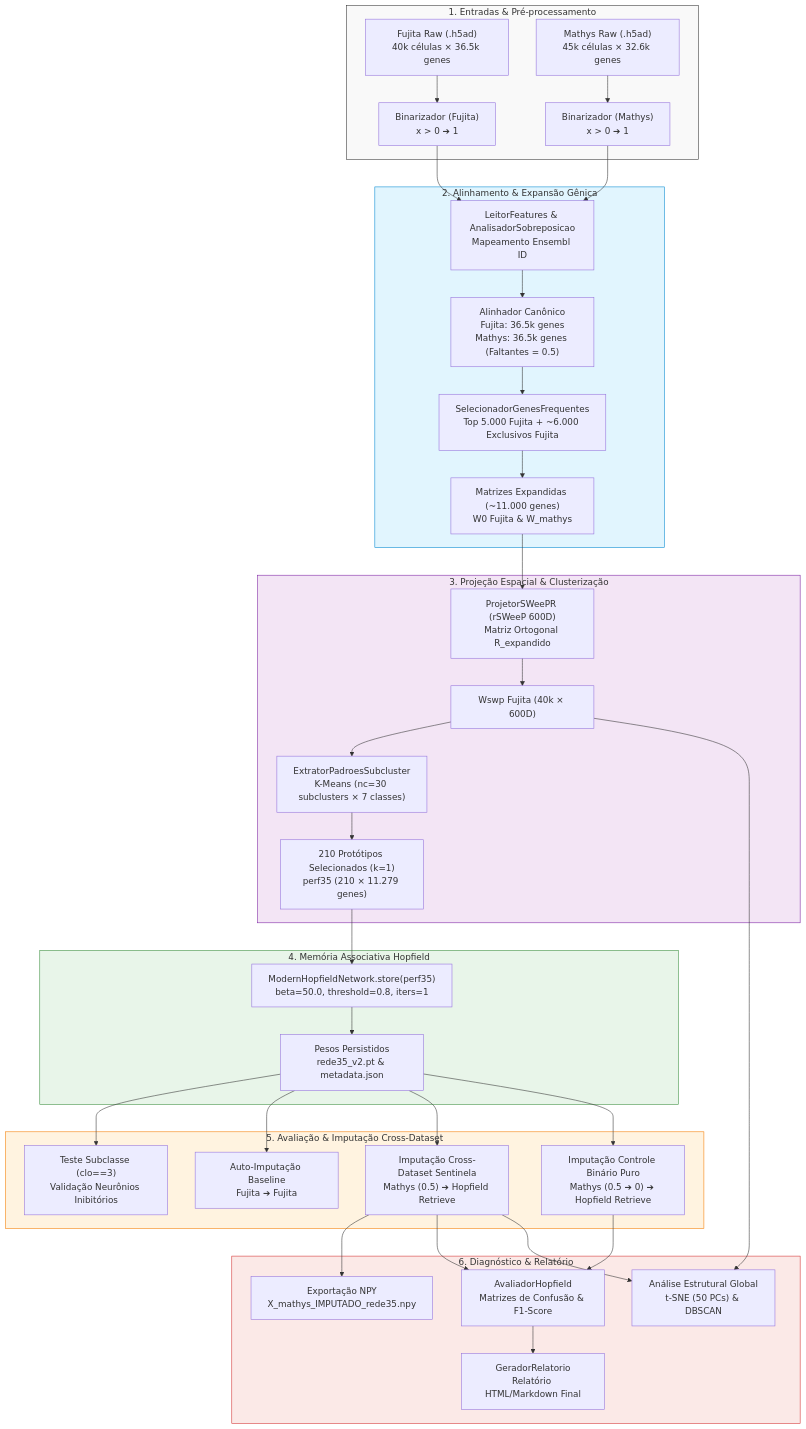
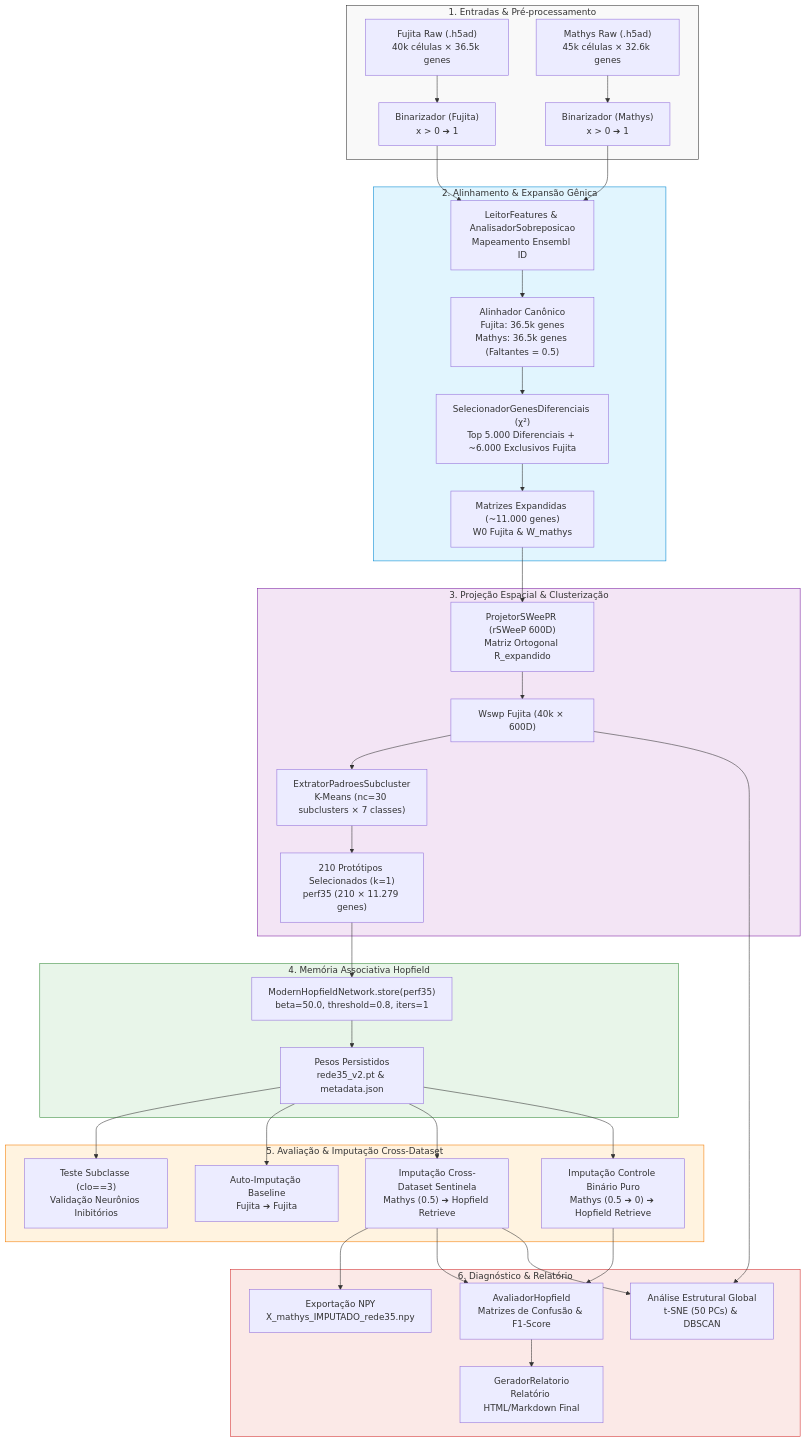
Before and after one commit to letdevx/pipiline_hopifield: the first of 2 diagrams in second_brain/01_Projetos/pipeline_hopfield_expandido/documentacao_pipeline_hopfield.md, drawn with Mermaid. The commit also changed other lines of this file and 27 other files, not shown here.

````diff
--- a/second_brain/01_Projetos/pipeline_hopfield_expandido/documentacao_pipeline_hopfield.md
+++ b/second_brain/01_Projetos/pipeline_hopfield_expandido/documentacao_pipeline_hopfield.md
@@ -31,47 +31,47 @@
 ```mermaid
 flowchart TD
     subgraph S1["1. Entradas & Pré-processamento"]
         A1["Fujita Raw (.h5ad)<br/>40k células × 36.5k genes"] --> B1["Binarizador (Fujita)<br/>x > 0 ➔ 1"]
         A2["Mathys Raw (.h5ad)<br/>45k células × 32.6k genes"] --> B2["Binarizador (Mathys)<br/>x > 0 ➔ 1"]
     end
 
     subgraph S2["2. Alinhamento & Expansão Gênica"]
         B1 & B2 --> C1["LeitorFeatures & AnalisadorSobreposicao<br/>Mapeamento Ensembl ID"]
         C1 --> C2["Alinhador Canônico<br/>Fujita: 36.5k genes<br/>Mathys: 36.5k genes (Faltantes = 0.5)"]
-        C2 --> C3["SelecionadorGenesFrequentes<br/>Top 5.000 Fujita + ~6.000 Exclusivos Fujita"]
+        C2 --> C3["SelecionadorGenesDiferenciais (χ²)<br/>Top 5.000 Diferenciais + ~6.000 Exclusivos Fujita"]
         C3 --> D1["Matrizes Expandidas (~11.000 genes)<br/>W0 Fujita & W_mathys"]
     end
 
     subgraph S3["3. Projeção Espacial & Clusterização"]
         D1 --> E1["ProjetorSWeePR (rSWeeP 600D)<br/>Matriz Ortogonal R_expandido"]
         E1 --> E2["Wswp Fujita (40k × 600D)"]
         E2 --> F1["ExtratorPadroesSubcluster<br/>K-Means (nc=30 subclusters × 7 classes)"]
         F1 --> F2["210 Protótipos Selecionados (k=1)<br/>perf35 (210 × 11.279 genes)"]
     end
 
     subgraph S4["4. Memória Associativa Hopfield"]
         F2 --> G1["ModernHopfieldNetwork.store(perf35)<br/>beta=50.0, threshold=0.8, iters=1"]
         G1 --> G2["Pesos Persistidos<br/>rede35_v2.pt & metadata.json"]
     end
 
     subgraph S5["5. Avaliação & Imputação Cross-Dataset"]
         G2 --> H1["Teste Subclasse (clo==3)<br/>Validação Neurônios Inibitórios"]
         G2 --> H2["Auto-Imputação Baseline<br/>Fujita ➔ Fujita"]
         G2 --> H3["Imputação Cross-Dataset Sentinela<br/>Mathys (0.5) ➔ Hopfield Retrieve"]
         G2 --> H4["Imputação Controle Binário Puro<br/>Mathys (0.5 ➔ 0) ➔ Hopfield Retrieve"]
     end
 
     subgraph S6["6. Diagnóstico & Relatório"]
         H3 --> I1["Exportação NPY<br/>X_mathys_IMPUTADO_rede35.npy"]
         H3 & H4 --> I2["AvaliadorHopfield<br/>Matrizes de Confusão & F1-Score"]
         E2 & H3 --> I3["Análise Estrutural Global<br/>t-SNE (50 PCs) & DBSCAN"]
         I2 --> I4["GeradorRelatorio<br/>Relatório HTML/Markdown Final"]
     end
 
     style S1 fill:#f9f9f9,stroke:#333,stroke-width:1px
     style S2 fill:#e1f5fe,stroke:#0288d1,stroke-width:1px
     style S3 fill:#f3e5f5,stroke:#7b1fa2,stroke-width:1px
     style S4 fill:#e8f5e9,stroke:#388e3c,stroke-width:1px
     style S5 fill:#fff3e0,stroke:#f57c00,stroke-width:1px
     style S6 fill:#fbe9e7,stroke:#d32f2f,stroke-width:1px
 ```
````
